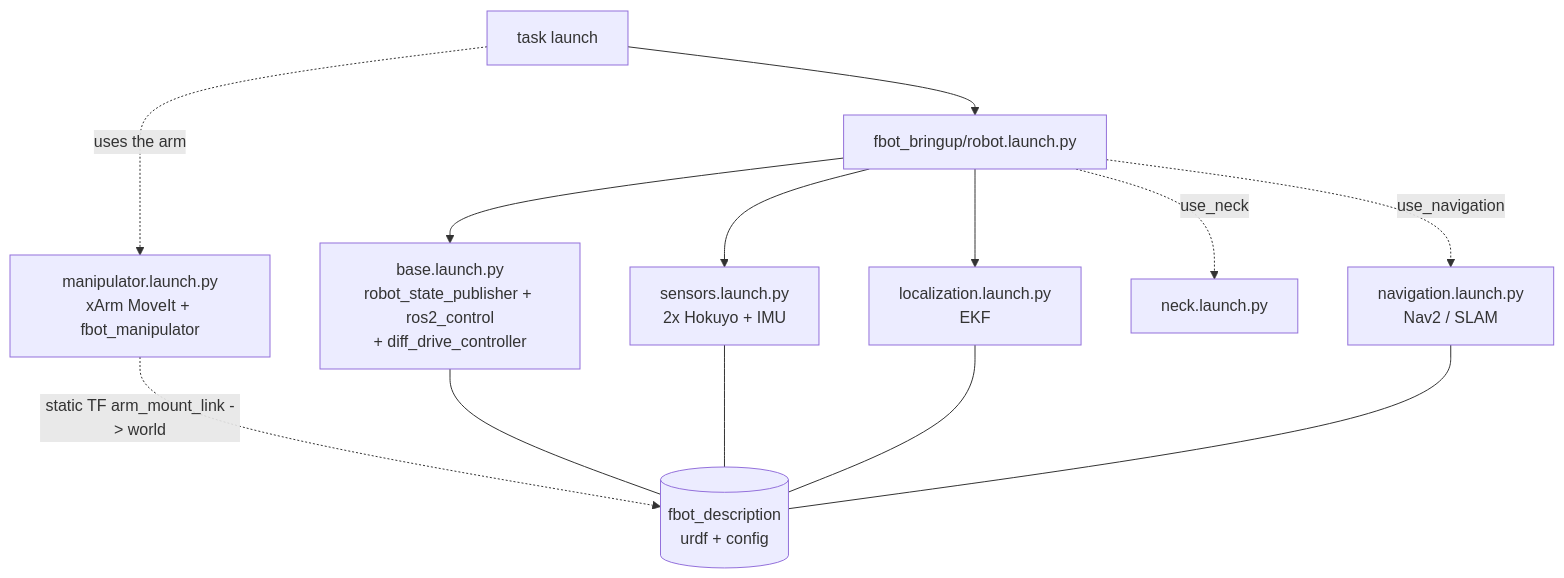
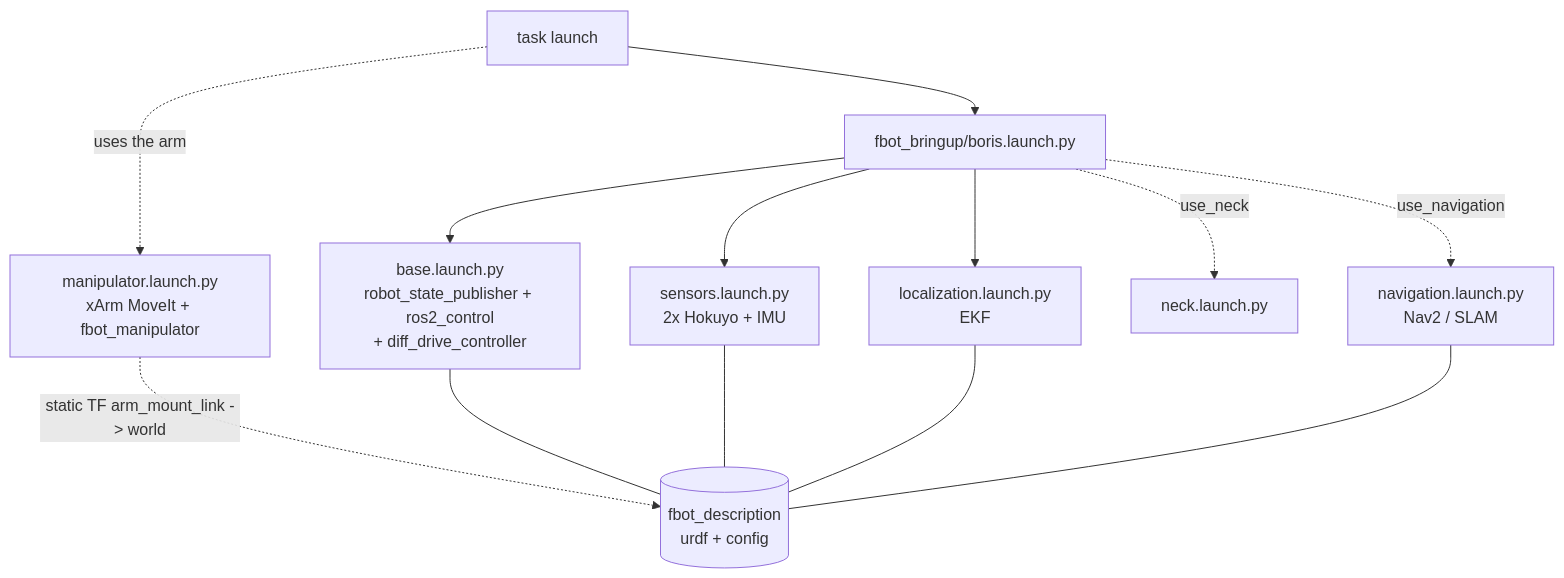
The diagram in README.md (fbotathome/fbot_description), drawn with Mermaid before and after one commit. The commit also changed other lines of this file and 7 other files, not shown here.

Commit message:
:memo: references: fbot_bringup boris.launch.py (was robot.launch.py)

````diff
--- a/README.md
+++ b/README.md
@@ -87,15 +87,15 @@
 ```mermaid
 flowchart TD
-    R[fbot_bringup/robot.launch.py] --> B[base.launch.py<br/>robot_state_publisher + ros2_control<br/>+ diff_drive_controller]
+    R[fbot_bringup/boris.launch.py] --> B[base.launch.py<br/>robot_state_publisher + ros2_control<br/>+ diff_drive_controller]
     R --> S[sensors.launch.py<br/>2x Hokuyo + IMU]
     R --> L[localization.launch.py<br/>EKF]
     R -.use_navigation.-> N[navigation.launch.py<br/>Nav2 / SLAM]
     R -.use_neck.-> K[neck.launch.py]
     T[task launch] --> R
     T -.uses the arm.-> M[manipulator.launch.py<br/>xArm MoveIt + fbot_manipulator]
     M -. static TF arm_mount_link -> world .-> D
     B --- D[(fbot_description<br/>urdf + config)]
     S --- D
     L --- D
     N --- D
 ```
````
